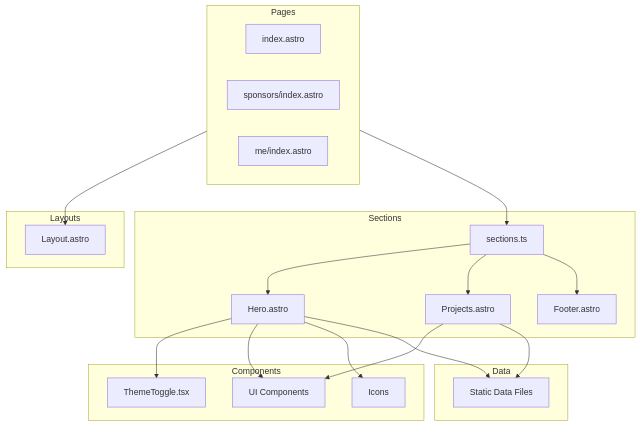
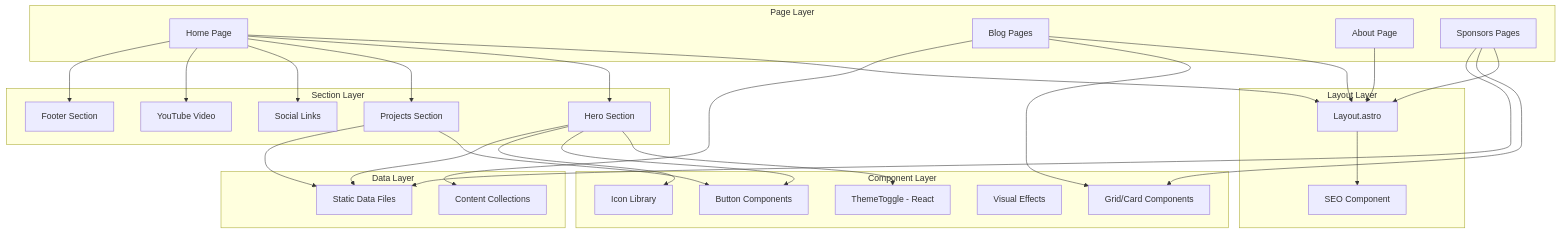
One commit to gohit-xyz/gohit.xyz changed the diagram in ARCHITECTURE.md. Above: the diagram before and after it, drawn with Mermaid. The commit also changed other lines of this file, not shown here.

Commit message:
📐 [Provide] a comprehensive overview of the project's architecture, technology stack, directory structure, and component organization.

````diff
--- a/ARCHITECTURE.md
+++ b/ARCHITECTURE.md
@@ -41,43 +73,62 @@
 ```mermaid
 graph TD
-    subgraph Pages
-        Index[index.astro]
-        Sponsors[sponsors/index.astro]
-        Me[me/index.astro]
+    subgraph "Page Layer"
+        Home[Home Page]
+        Blog[Blog Pages]
+        About[About Page]
+        Sponsors[Sponsors Pages]
     end
 
-    subgraph Layouts
-        MainLayout[Layout.astro]
+    subgraph "Layout Layer"
+        Layout[Layout.astro]
+        SEO[SEO Component]
     end
 
-    subgraph Sections
-        Hero[Hero.astro]
-        Projects[Projects.astro]
-        Footer[Footer.astro]
-        SectionsIndex[sections.ts]
+    subgraph "Section Layer"
+        Hero[Hero Section]
+        Projects[Projects Section]
+        Social[Social Links]
+        YouTube[YouTube Video]
+        Footer[Footer Section]
     end
 
-    subgraph Components
-        ThemeToggle[ThemeToggle.tsx]
-        UI[UI Components]
-        Icons[Icons]
+    subgraph "Component Layer"
+        Theme[ThemeToggle - React]
+        Buttons[Button Components]
+        Grids[Grid/Card Components]
+        Effects[Visual Effects]
+        Icons[Icon Library]
     end
 
-    subgraph Data
-        StaticData[Static Data Files]
+    subgraph "Data Layer"
+        Content[Content Collections]
+        Static[Static Data Files]
     end
 
-    Pages --> MainLayout
-    Pages --> SectionsIndex
-    SectionsIndex --> Hero
-    SectionsIndex --> Projects
-    SectionsIndex --> Footer
+    Home --> Layout
+    Blog --> Layout
+    About --> Layout
+    Sponsors --> Layout
 
-    Hero --> ThemeToggle
-    Hero --> UI
+    Layout --> SEO
+
+    Home --> Hero
+    Home --> Projects
+    Home --> Social
+    Home --> YouTube
+    Home --> Footer
+
+    Hero --> Theme
+    Hero --> Buttons
     Hero --> Icons
-    Hero --> StaticData
+    Hero --> Static
 
-    Projects --> UI
-    Projects --> StaticData
+    Projects --> Buttons
+    Projects --> Static
+
+    Blog --> Grids
+    Blog --> Content
+
+    Sponsors --> Grids
+    Sponsors --> Static
 ```
````
